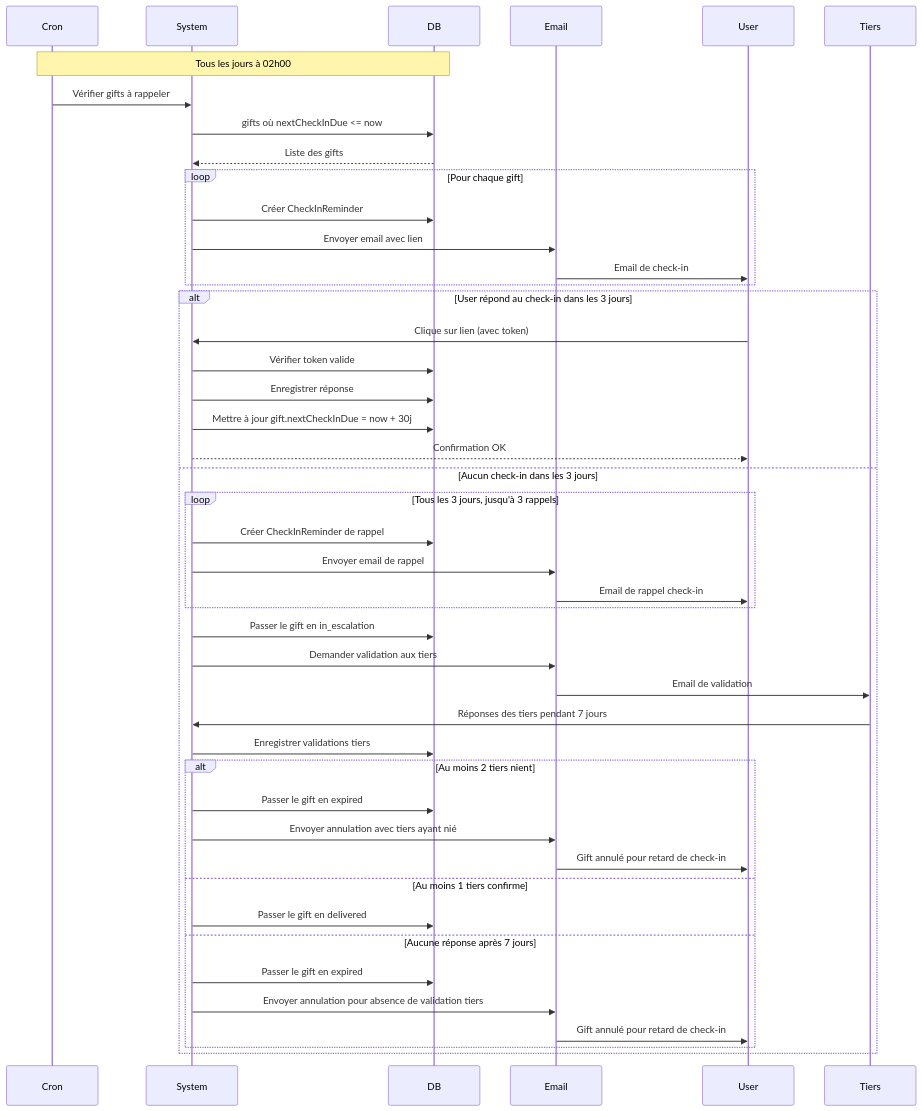
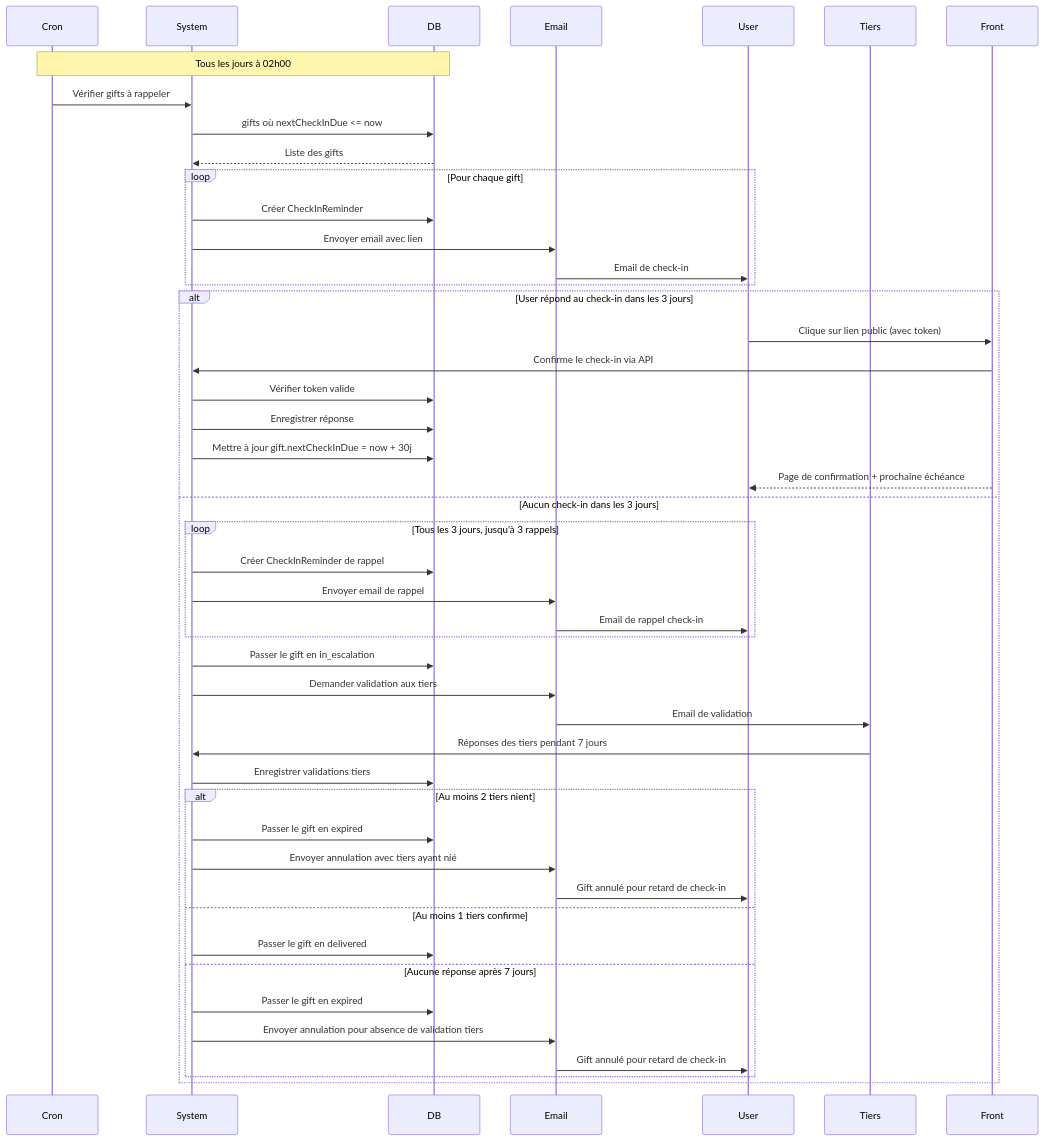
The first of 3 diagrams in docs/uml/checkin-system-functionnal.md (JeremDevX/Project-CDA), drawn with Mermaid before and after one commit. The commit also changed 8 other files, not shown here.

Commit message:
feat: add check-in confirmation page and update related components

````diff
--- a/docs/uml/checkin-system-functionnal.md
+++ b/docs/uml/checkin-system-functionnal.md
@@ -13,52 +13,53 @@
 ```mermaid
 sequenceDiagram
     participant Cron
     participant System
     participant DB
     participant Email
     participant User
     participant Tiers
 
     Note over Cron,DB: Tous les jours à 02h00
     Cron->>System: Vérifier gifts à rappeler
     System->>DB: gifts où nextCheckInDue <= now
     DB-->>System: Liste des gifts
 
     loop Pour chaque gift
         System->>DB: Créer CheckInReminder
         System->>Email: Envoyer email avec lien
         Email->>User: Email de check-in
     end
 
     alt User répond au check-in dans les 3 jours
-        User->>System: Clique sur lien (avec token)
+        User->>Front: Clique sur lien public (avec token)
+        Front->>System: Confirme le check-in via API
         System->>DB: Vérifier token valide
         System->>DB: Enregistrer réponse
         System->>DB: Mettre à jour gift.nextCheckInDue = now + 30j
-        System-->>User: Confirmation OK
+        Front-->>User: Page de confirmation + prochaine échéance
     else Aucun check-in dans les 3 jours
         loop Tous les 3 jours, jusqu'à 3 rappels
             System->>DB: Créer CheckInReminder de rappel
             System->>Email: Envoyer email de rappel
             Email->>User: Email de rappel check-in
         end
 
         System->>DB: Passer le gift en in_escalation
         System->>Email: Demander validation aux tiers
         Email->>Tiers: Email de validation
         Tiers->>System: Réponses des tiers pendant 7 jours
         System->>DB: Enregistrer validations tiers
 
         alt Au moins 2 tiers nient
             System->>DB: Passer le gift en expired
             System->>Email: Envoyer annulation avec tiers ayant nié
             Email->>User: Gift annulé pour retard de check-in
         else Au moins 1 tiers confirme
             System->>DB: Passer le gift en delivered
         else Aucune réponse après 7 jours
             System->>DB: Passer le gift en expired
             System->>Email: Envoyer annulation pour absence de validation tiers
             Email->>User: Gift annulé pour retard de check-in
         end
     end
 ```
````
